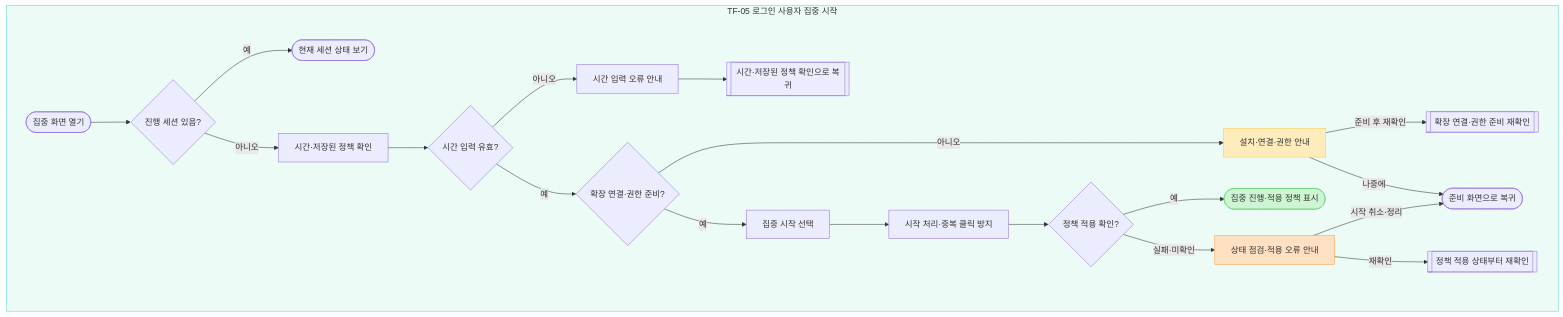
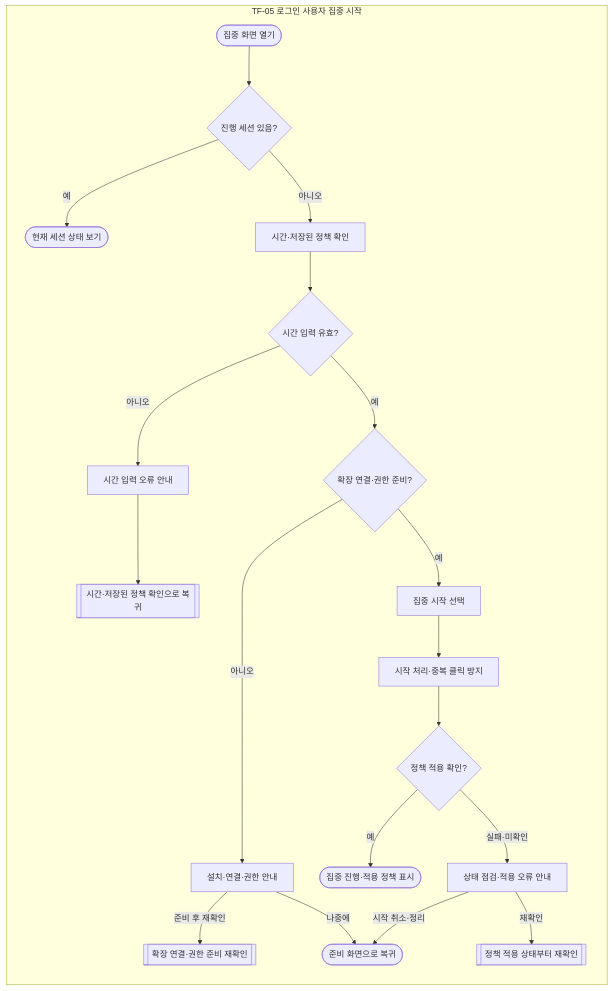
Before and after one commit to kdu-sw-capstone/capstone-project: the fifth of 13 diagrams in docs/design/01_UX_기능설계/FOCURVE_Task_Flow_v1.0.md, drawn with Mermaid. The commit also changed other lines of this file and 34 other files, not shown here.

````diff
--- a/docs/design/01_UX_기능설계/FOCURVE_Task_Flow_v1.0.md
+++ b/docs/design/01_UX_기능설계/FOCURVE_Task_Flow_v1.0.md
@@ -269,43 +257,40 @@
 ```mermaid
 flowchart TB
 subgraph taskFive["TF-05 로그인 사용자 집중 시작"]
+    direction TB
 memOpen(["집중 화면 열기"])
 memActive{"진행 세션 있음?"}
 memExisting(["현재 세션 상태 보기"])
 memReview["시간·저장된 정책 확인"]
 memValid{"시간 입력 유효?"}
 memInputError["시간 입력 오류 안내"]
 memReady{"확장 연결·권한 준비?"}
 memGuide["설치·연결·권한 안내"]
 memStart["집중 시작 선택"]
 memWait["시작 처리·중복 클릭 방지"]
 memApplied{"정책 적용 확인?"}
 memError["상태 점검·적용 오류 안내"]
 memDone(["집중 진행·적용 정책 표시"])
 memBack(["준비 화면으로 복귀"])
 memOpen --> memActive
 memActive -->|"예"| memExisting
 memActive -->|"아니오"| memReview
 memReview --> memValid
 memValid -->|"아니오"| memInputError
 memInputError --> memRetryInput
 memValid -->|"예"| memReady
 memReady -->|"아니오"| memGuide
 memGuide -->|"준비 후 재확인"| memRetryReady
 memGuide -->|"나중에"| memBack
 memReady -->|"예"| memStart
 memStart --> memWait
 memWait --> memApplied
 memApplied -->|"예"| memDone
 memApplied -->|"실패·미확인"| memError
 memError -->|"재확인"| memRetryApply
 memError -->|"시작 취소·정리"| memBack
 memRetryInput[["시간·저장된 정책 확인으로 복귀"]]
 memRetryReady[["확장 연결·권한 준비 재확인"]]
 memRetryApply[["정책 적용 상태부터 재확인"]]
 end
-style taskFive fill:#EDFBF6,stroke:#5AD8CC
-style memGuide fill:#FFECBD,stroke:#FFC943
-style memError fill:#FFE0C2,stroke:#FF9E42
-style memDone fill:#CDF4D3,stroke:#66D575
 ```
````
